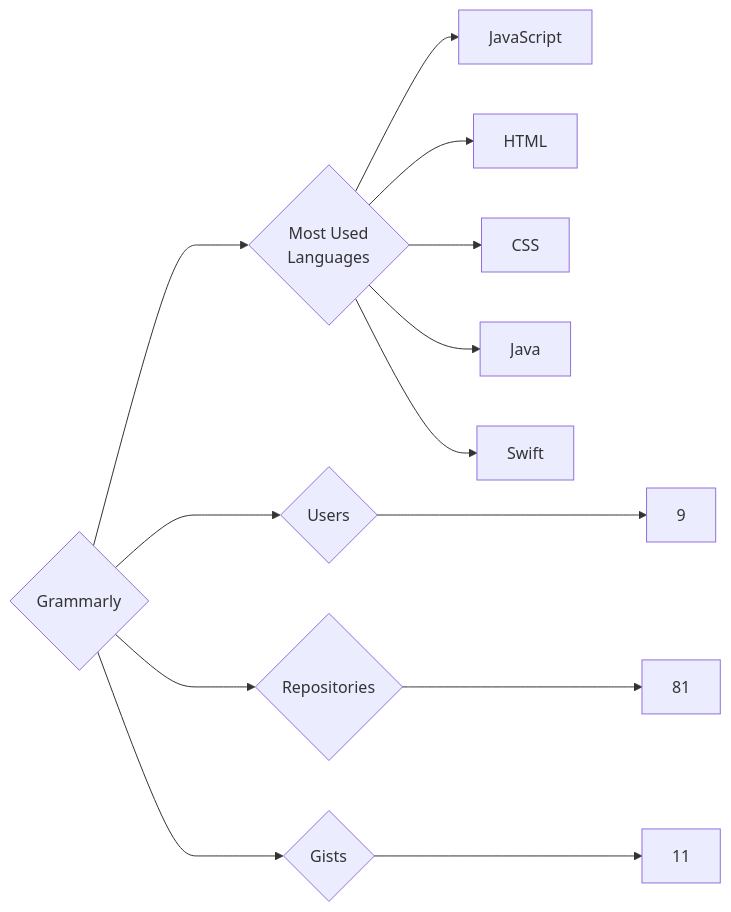
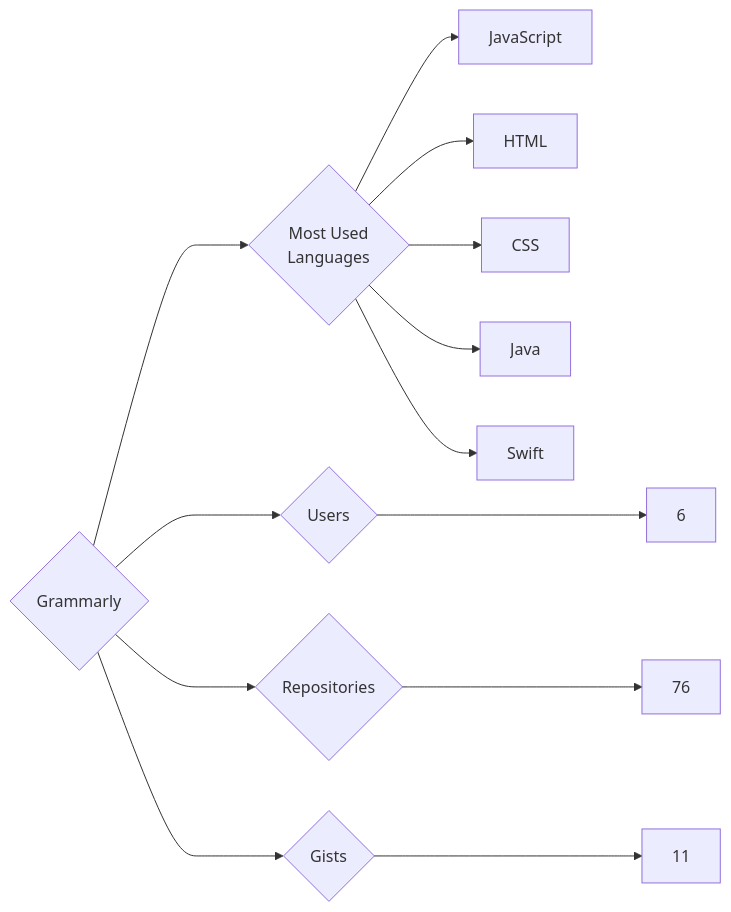
Before and after one commit to trickest/insiders: the diagram in targets/Grammarly/README.md, drawn with Mermaid. The commit also changed 1078 other files, not shown here.

````diff
--- a/targets/Grammarly/README.md
+++ b/targets/Grammarly/README.md
@@ -3,13 +3,13 @@
 ```mermaid
 graph LR
 COMPANY_NAME{Grammarly}
-COMPANY_NAME ---> U{Users} ---> UN[9]
-COMPANY_NAME ---> R{Repositories} ---> RN[81]
+COMPANY_NAME ---> U{Users} ---> UN[6]
+COMPANY_NAME ---> R{Repositories} ---> RN[76]
 COMPANY_NAME ---> G{Gists} ---> GN[11]
 COMPANY_NAME ---> ML{Most Used<br>Languages}
 ML --> JavaScript[JavaScript]
 ML --> HTML[HTML]
 ML --> CSS[CSS]
 ML --> Java[Java]
 ML --> Swift[Swift]
 ```
````
